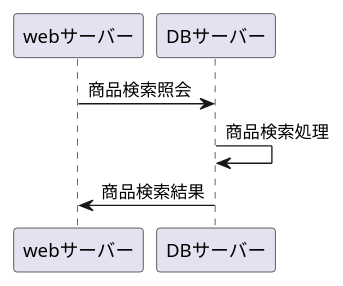
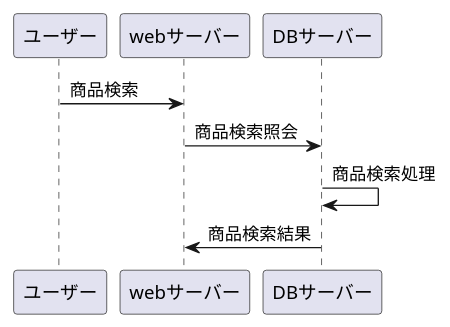
One commit to Aso2001397/2021sys-design changed the diagram in sample.md. Above: the diagram before and after it, drawn with PlantUML.

````diff
--- a/sample.md
+++ b/sample.md
@@ -1,7 +1,8 @@
 ```uml
 @startuml 
+ユーザー -> webサーバー : 商品検索
 webサーバー -> DBサーバー : 商品検索照会
 DBサーバー -> DBサーバー : 商品検索処理
 DBサーバー -> webサーバー : 商品検索結果
 @enduml
 ```
````
